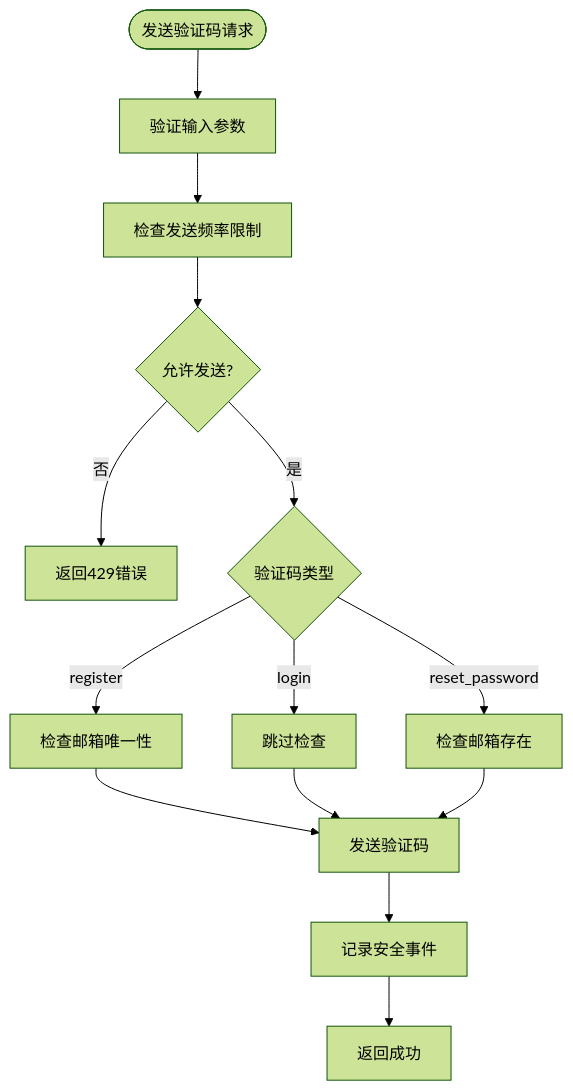
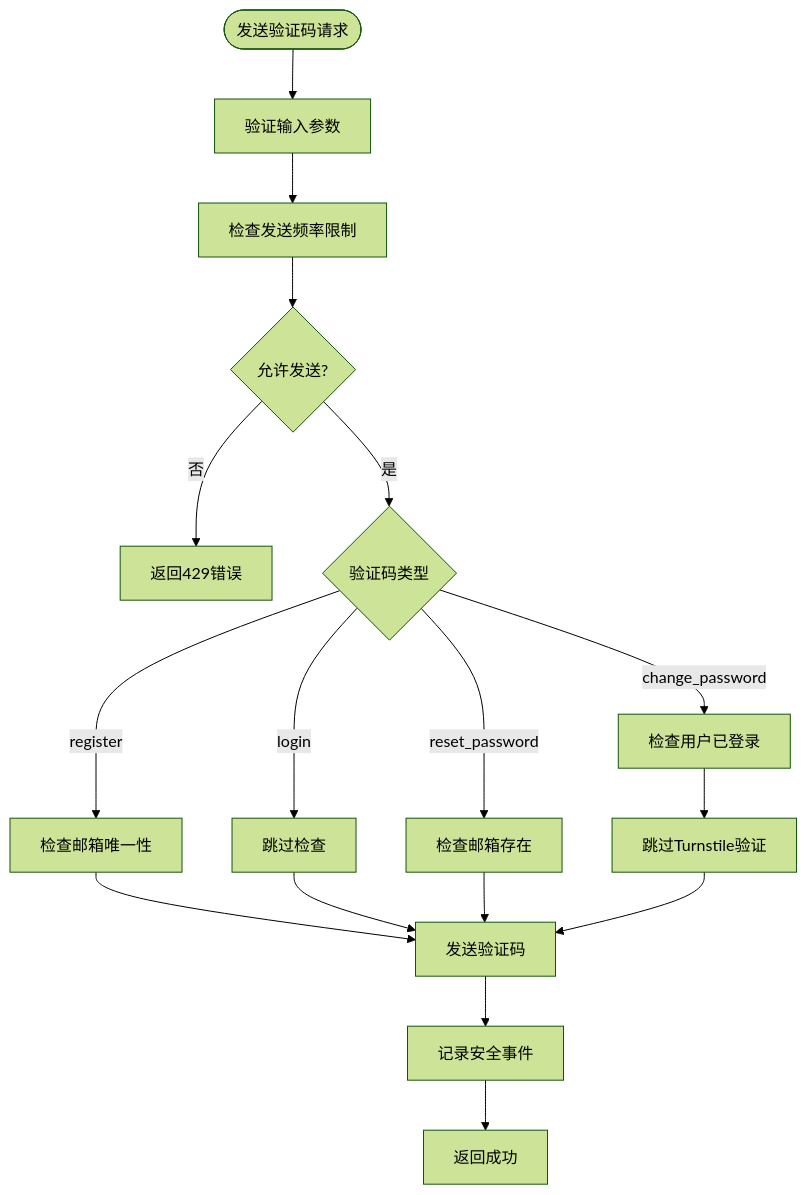
One commit to joezxh/QuantDinger changed the sixth of 15 diagrams in .qoder/repowiki/zh/content/核心功能模块/用户管理与商业化/用户认证系统.md. Above: the diagram before and after it, drawn with Mermaid (forest theme). The commit also changed other lines of this file and 548 other files, not shown here.

````diff
--- a/.qoder/repowiki/zh/content/核心功能模块/用户管理与商业化/用户认证系统.md
+++ b/.qoder/repowiki/zh/content/核心功能模块/用户管理与商业化/用户认证系统.md
@@ -224,16 +238,19 @@
 ```mermaid
 flowchart TD
 Start([发送验证码请求]) --> ValidateInput[验证输入参数]
 ValidateInput --> CheckRateLimit[检查发送频率限制]
 CheckRateLimit --> RateAllowed{允许发送?}
 RateAllowed --> |否| ReturnRateLimit[返回429错误]
 RateAllowed --> |是| CheckType{验证码类型}
 CheckType --> |register| CheckEmailUnique[检查邮箱唯一性]
 CheckType --> |login| SkipCheck[跳过检查]
 CheckType --> |reset_password| CheckEmailExists[检查邮箱存在]
+CheckType --> |change_password| CheckLoggedIn[检查用户已登录]
 CheckEmailUnique --> SendCode[发送验证码]
 SkipCheck --> SendCode
 CheckEmailExists --> SendCode
+CheckLoggedIn --> SkipTurnstile[跳过Turnstile验证]
+SkipTurnstile --> SendCode
 SendCode --> LogEvent[记录安全事件]
 LogEvent --> Success[返回成功]
 ```
````
